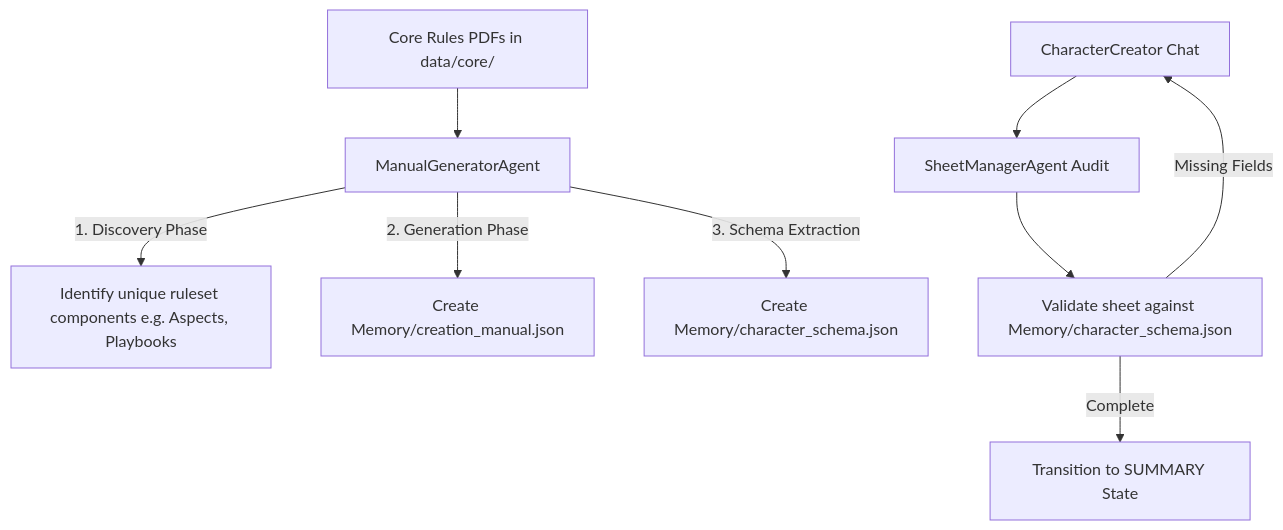
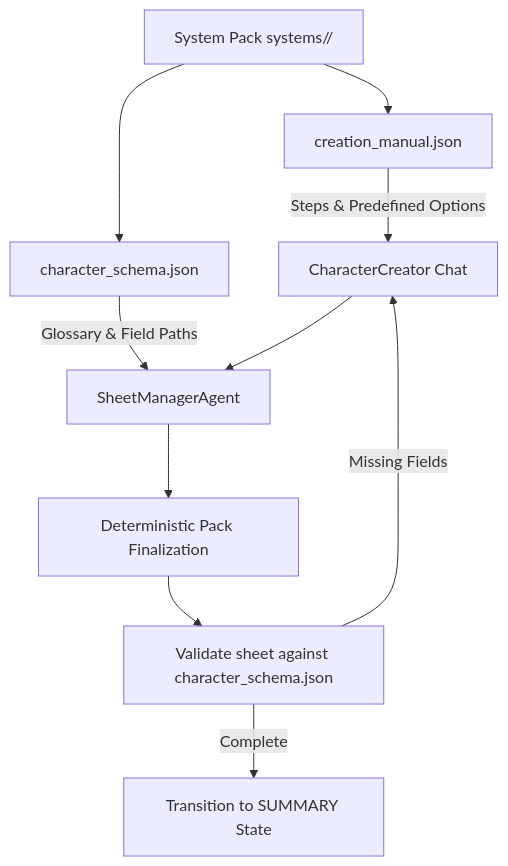
The first of 2 diagrams in README.md (Papoulos/Oracle), drawn with Mermaid before and after one commit. The commit also changed other lines of this file and 10 other files, not shown here.

Commit message:
feat(packs): add dnd5e_srd schema & manual, refine Cypher 7-step creation and min_items validation

````diff
--- a/README.md
+++ b/README.md
@@ -109,11 +98,12 @@
 ```mermaid
 graph TD
-    A[Core Rules PDFs in data/core/] --> B[ManualGeneratorAgent]
-    B -->|1. Discovery Phase| C[Identify unique ruleset components e.g. Aspects, Playbooks]
-    B -->|2. Generation Phase| D[Create Memory/creation_manual.json]
-    B -->|3. Schema Extraction| E[Create Memory/character_schema.json]
-    F[CharacterCreator Chat] --> G[SheetManagerAgent Audit]
-    G --> H[Validate sheet against Memory/character_schema.json]
-    H -->|Complete| I[Transition to SUMMARY State]
-    H -->|Missing Fields| F
+    A[System Pack systems/<id>/] --> B[creation_manual.json]
+    A --> C[character_schema.json]
+    B -->|Steps & Predefined Options| D[CharacterCreator Chat]
+    C -->|Glossary & Field Paths| E[SheetManagerAgent]
+    D --> E
+    E --> F[Deterministic Pack Finalization]
+    F --> G[Validate sheet against character_schema.json]
+    G -->|Complete| H[Transition to SUMMARY State]
+    G -->|Missing Fields| D
 ```
````
